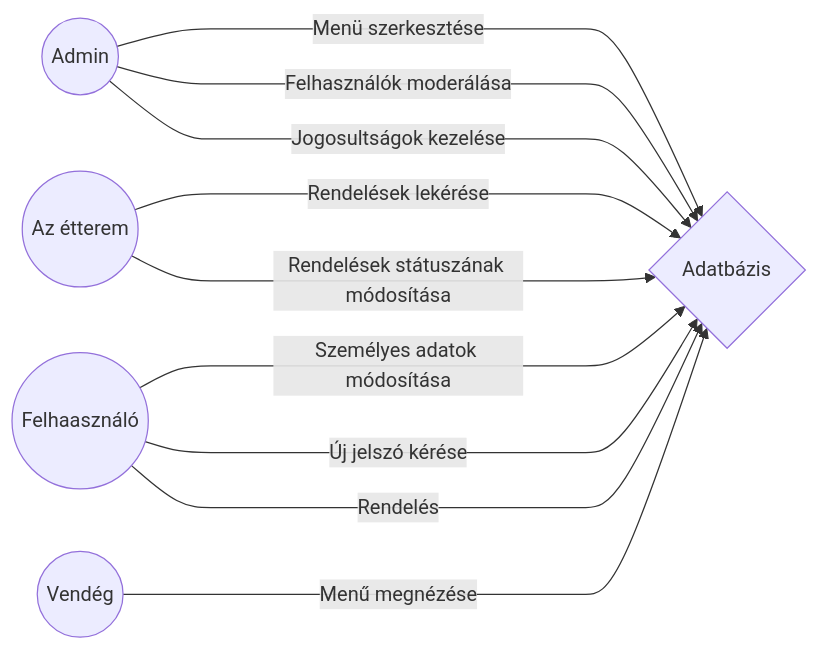
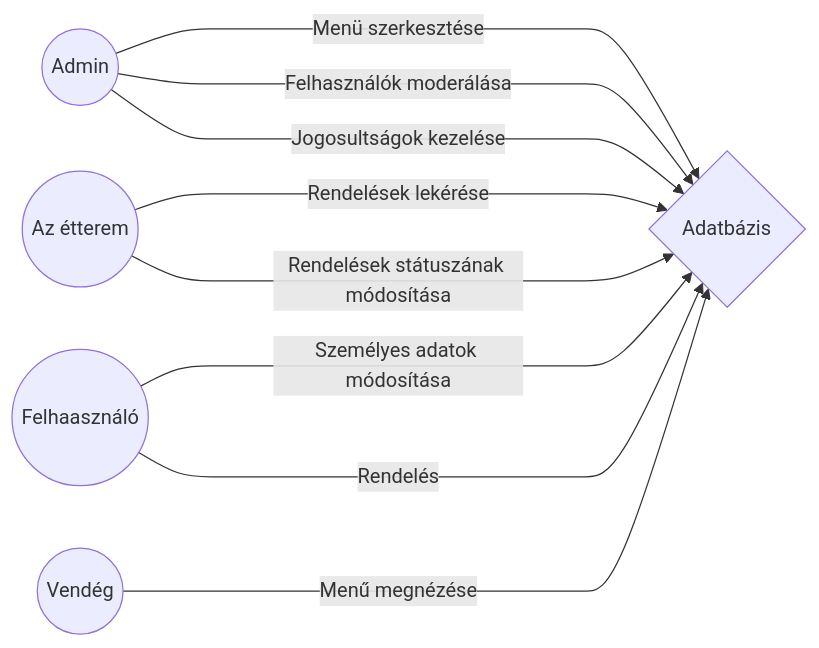
The diagram in Dokumentacio/FunkcionalisSpecifikacio.md (FeketeSz96/Placeholder-Message), drawn with Mermaid before and after one commit. The commit also changed other lines of this file, not shown here.

Commit message:
Dokumentáció: Funkcionális specifikációk javítása
Funkcionális specifikációk javítása a FunkcionalisSpecifikacio.md file-ban.

````diff
--- a/Dokumentacio/FunkcionalisSpecifikacio.md
+++ b/Dokumentacio/FunkcionalisSpecifikacio.md
@@ -23,13 +22,12 @@
 ```mermaid
 graph LR
 A((Admin)) -- Menü szerkesztése -----> E{Adatbázis}
 A -- Felhasználók moderálása -----> E
 A -- Jogosultságok kezelése -----> E
 B((Az étterem)) -- Rendelések lekérése -----> E
 B -- Rendelések státuszának módosítása -----> E
 C((Felhaasználó)) -- Személyes adatok módosítása -----> E
-C -- Új jelszó kérése -----> E
 C -- Rendelés -----> E
 D((Vendég)) -- Menű megnézése -----> E
 
 ```
````
